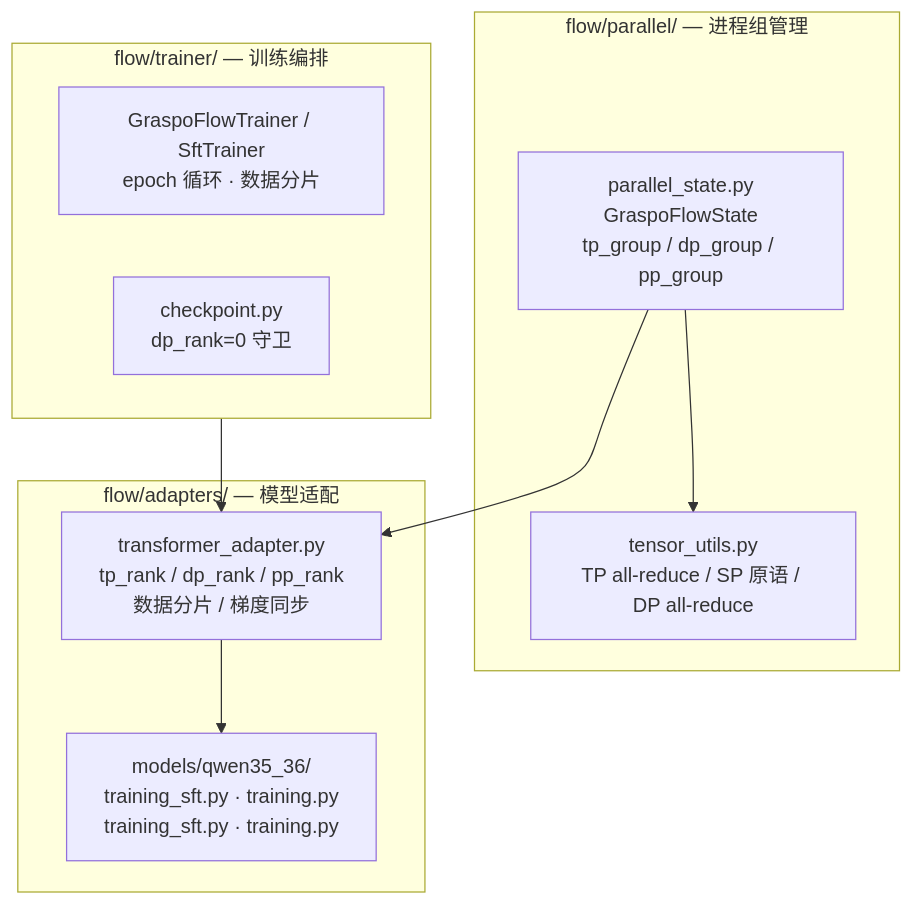
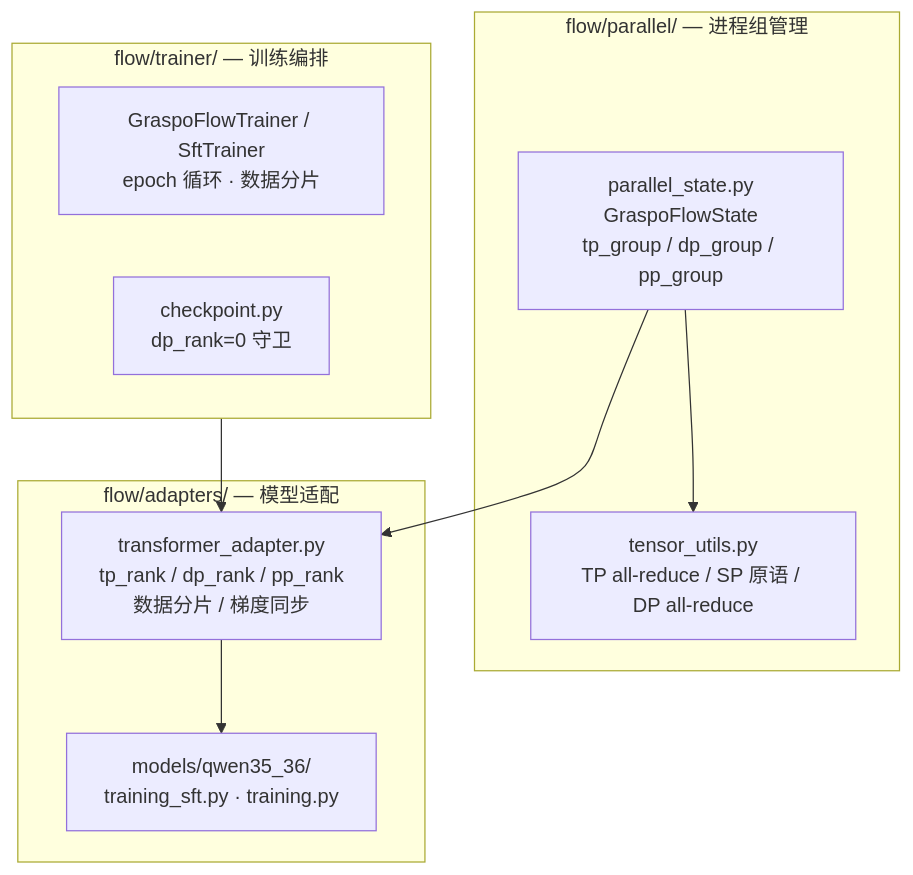
Before and after one commit to godthrone/graspo: the first of 4 diagrams in docs/flow.md, drawn with Mermaid. The commit also changed other lines of this file and 6 other files, not shown here.

````diff
--- a/docs/flow.md
+++ b/docs/flow.md
@@ -16,19 +16,19 @@
 ```mermaid
 flowchart TB
     subgraph PARALLEL["flow/parallel/ — 进程组管理"]
         PS["parallel_state.py<br/>GraspoFlowState<br/>tp_group / dp_group / pp_group"]
         TU["tensor_utils.py<br/>TP all-reduce / SP 原语 / DP all-reduce"]
     end
     subgraph ADAPTER["flow/adapters/ — 模型适配"]
         TA["transformer_adapter.py<br/>tp_rank / dp_rank / pp_rank<br/>数据分片 / 梯度同步"]
-        MODEL["models/qwen35_36/<br/>training_sft.py · training.py<br/>training_sft.py · training.py"]
+        MODEL["models/qwen35_36/<br/>training_sft.py · training.py"]
     end
     subgraph TRAINER["flow/trainer/ — 训练编排"]
         TR["GraspoFlowTrainer / SftTrainer<br/>epoch 循环 · 数据分片"]
         CKPT["checkpoint.py<br/>dp_rank=0 守卫"]
     end
     PS --> TU
     PS --> TA
     TA --> MODEL
     TRAINER --> TA
 ```
````
